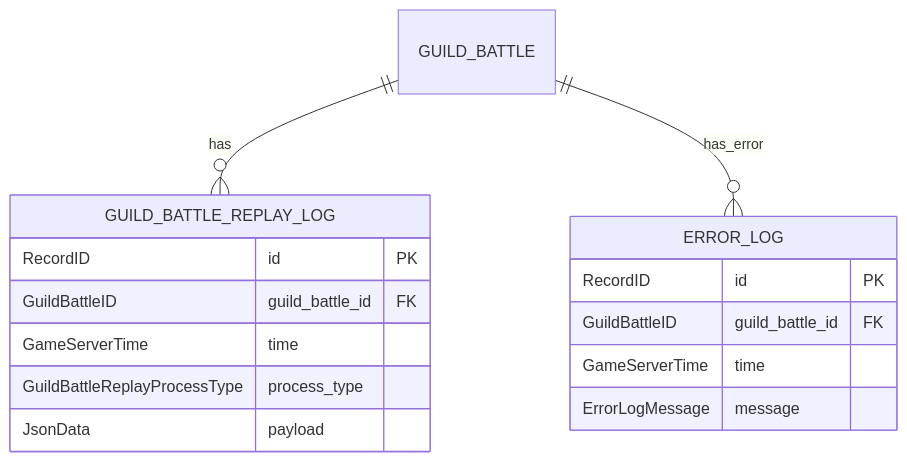
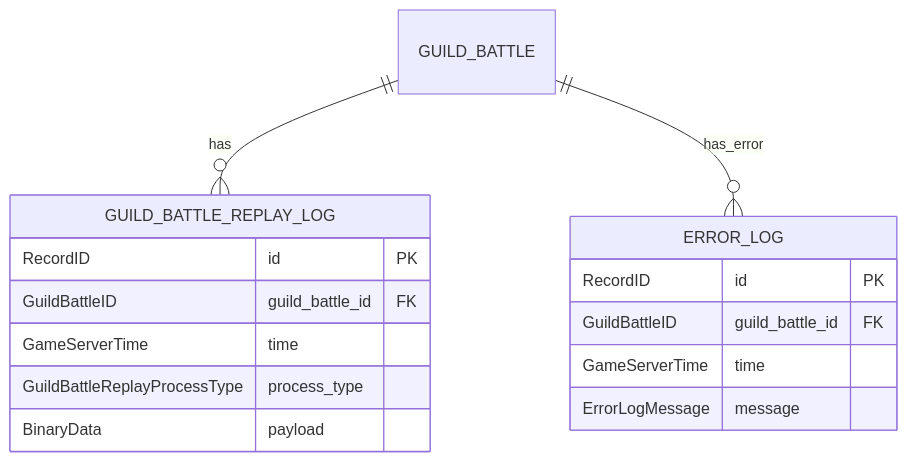
The eighth of 8 diagrams in design/server/data_base.md (ReHydrangeaOdyssey/Specifications), drawn with Mermaid before and after one commit. The commit also changed other lines of this file and 18 other files, not shown here.

````diff
--- a/design/server/data_base.md
+++ b/design/server/data_base.md
@@ -496,20 +512,20 @@
 ```mermaid
 erDiagram
     GUILD_BATTLE_REPLAY_LOG {
         RecordID id PK
         GuildBattleID guild_battle_id FK
         GameServerTime time
         GuildBattleReplayProcessType process_type
-        JsonData payload
+        BinaryData payload
     }
 
     ERROR_LOG {
         RecordID id PK
         GuildBattleID guild_battle_id FK
         GameServerTime time
         ErrorLogMessage message
     }
 
     GUILD_BATTLE ||--o{ GUILD_BATTLE_REPLAY_LOG : has
     GUILD_BATTLE ||--o{ ERROR_LOG : has_error
 ```
````
